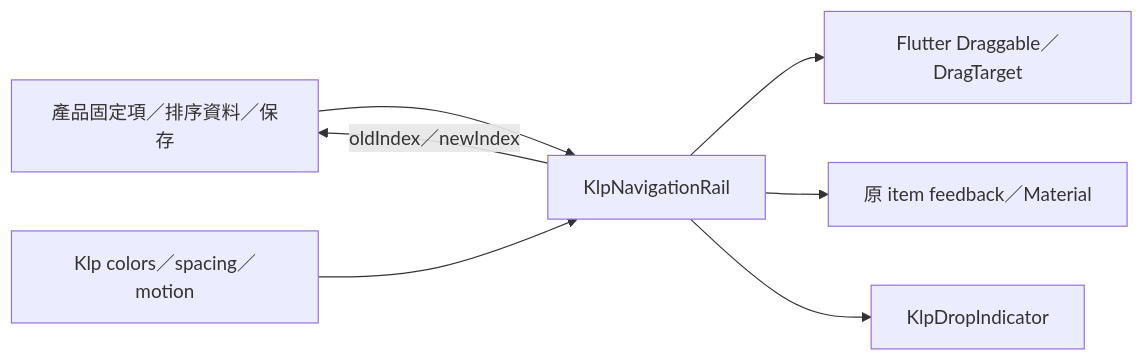
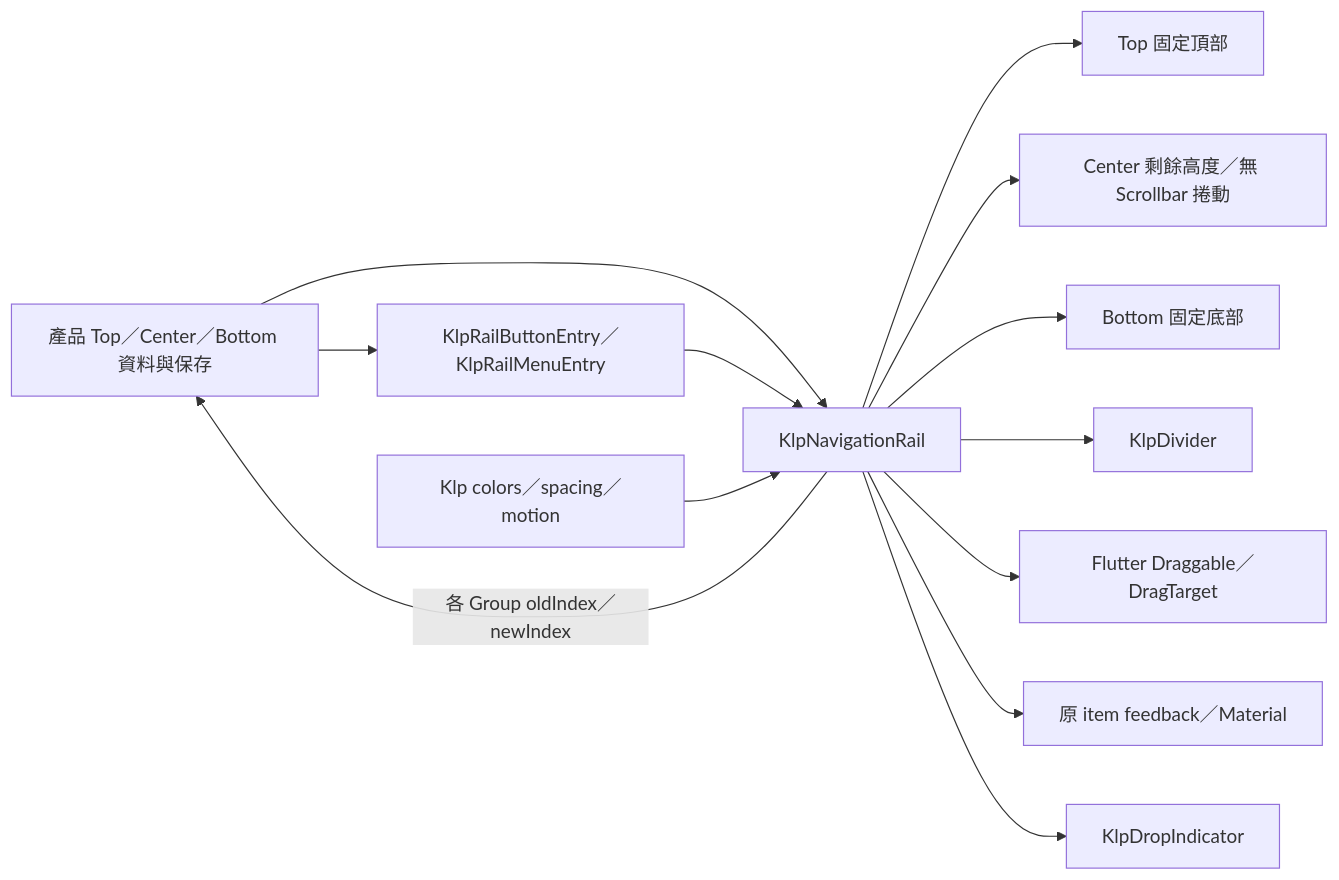
The eighth of 11 diagrams in .agents/skills/kallopis-design-contract/references/design-knowledge/frontend-architecture.md (MiuDog/Kallopis), drawn with Mermaid before and after one commit. The commit also changed other lines of this file and 1105 other files, not shown here.

Commit message:
refactor: establish semantic design architecture

````diff
--- a/.agents/skills/kallopis-design-contract/references/design-knowledge/frontend-architecture.md
+++ b/.agents/skills/kallopis-design-contract/references/design-knowledge/frontend-architecture.md
@@ -140,9 +204,15 @@
 ```mermaid
 flowchart LR
-	Product[產品固定項／排序資料／保存] --> Rail[KlpNavigationRail]
+	Product[產品 Top／Center／Bottom 資料與保存] --> Rail[KlpNavigationRail]
+	Product --> Entry[KlpRailButtonEntry／KlpRailMenuEntry]
+	Entry --> Rail
+	Rail --> Top[Top 固定頂部]
+	Rail --> Center[Center 剩餘高度／無 Scrollbar 捲動]
+	Rail --> Bottom[Bottom 固定底部]
+	Rail --> Divider[KlpDivider]
 	Rail --> Gesture[Flutter Draggable／DragTarget]
 	Rail --> Preview[原 item feedback／Material]
 	Rail --> Indicator[KlpDropIndicator]
 	Theme[Klp colors／spacing／motion] --> Rail
-	Rail -->|oldIndex／newIndex| Product
+	Rail -->|各 Group oldIndex／newIndex| Product
 ```
````
